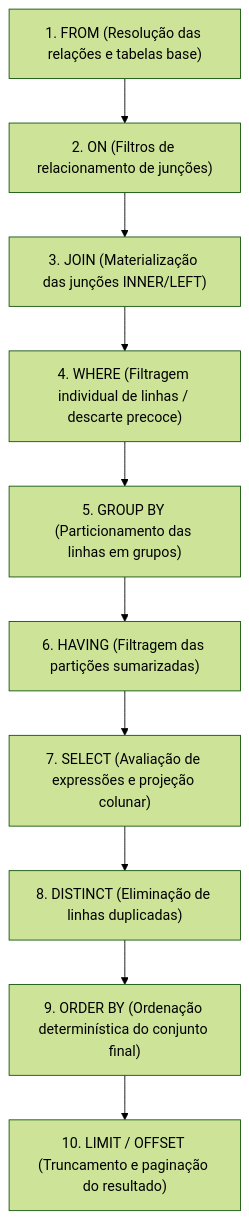
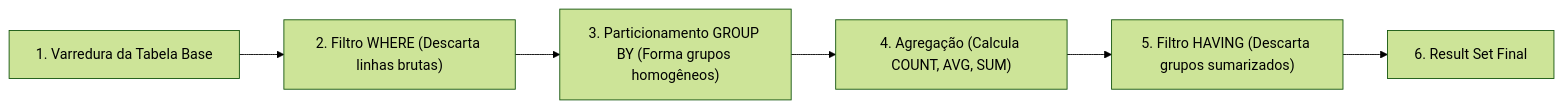
Diagram 13 of 14 in 3º Semestre/[Prof. Guilherme de Morais] Banco de Dados II/Resumos-IA/Caderno-Consolidado.md (murilolol/unifef), drawn with Mermaid (forest theme) before and after one commit. The commit also changed other lines of this file and 40 other files, not shown here.

````diff
--- a/3º Semestre/[Prof. Guilherme de Morais] Banco de Dados II/Resumos-IA/Caderno-Consolidado.md
+++ b/3º Semestre/[Prof. Guilherme de Morais] Banco de Dados II/Resumos-IA/Caderno-Consolidado.md
@@ -900,15 +1045,8 @@
 ```mermaid
-flowchart TD
-    P1["1. FROM (Resolução das relações e tabelas base)"]
-    P2["2. ON (Filtros de relacionamento de junções)"]
-    P3["3. JOIN (Materialização das junções INNER/LEFT)"]
-    P4["4. WHERE (Filtragem individual de linhas / descarte precoce)"]
-    P5["5. GROUP BY (Particionamento das linhas em grupos)"]
-    P6["6. HAVING (Filtragem das partições sumarizadas)"]
-    P7["7. SELECT (Avaliação de expressões e projeção colunar)"]
-    P8["8. DISTINCT (Eliminação de linhas duplicadas)"]
-    P9["9. ORDER BY (Ordenação determinística do conjunto final)"]
-    P10["10. LIMIT / OFFSET (Truncamento e paginação do resultado)"]
-
-    P1 --> P2 --> P3 --> P4 --> P5 --> P6 --> P7 --> P8 --> P9 --> P10
+flowchart LR
+  A["1. Varredura da Tabela Base"] --> B["2. Filtro WHERE (Descarta linhas brutas)"]
+  B --> C["3. Particionamento GROUP BY (Forma grupos homogêneos)"]
+  C --> D["4. Agregação (Calcula COUNT, AVG, SUM)"]
+  D --> E["5. Filtro HAVING (Descarta grupos sumarizados)"]
+  E --> F["6. Result Set Final"]
 ```
````
